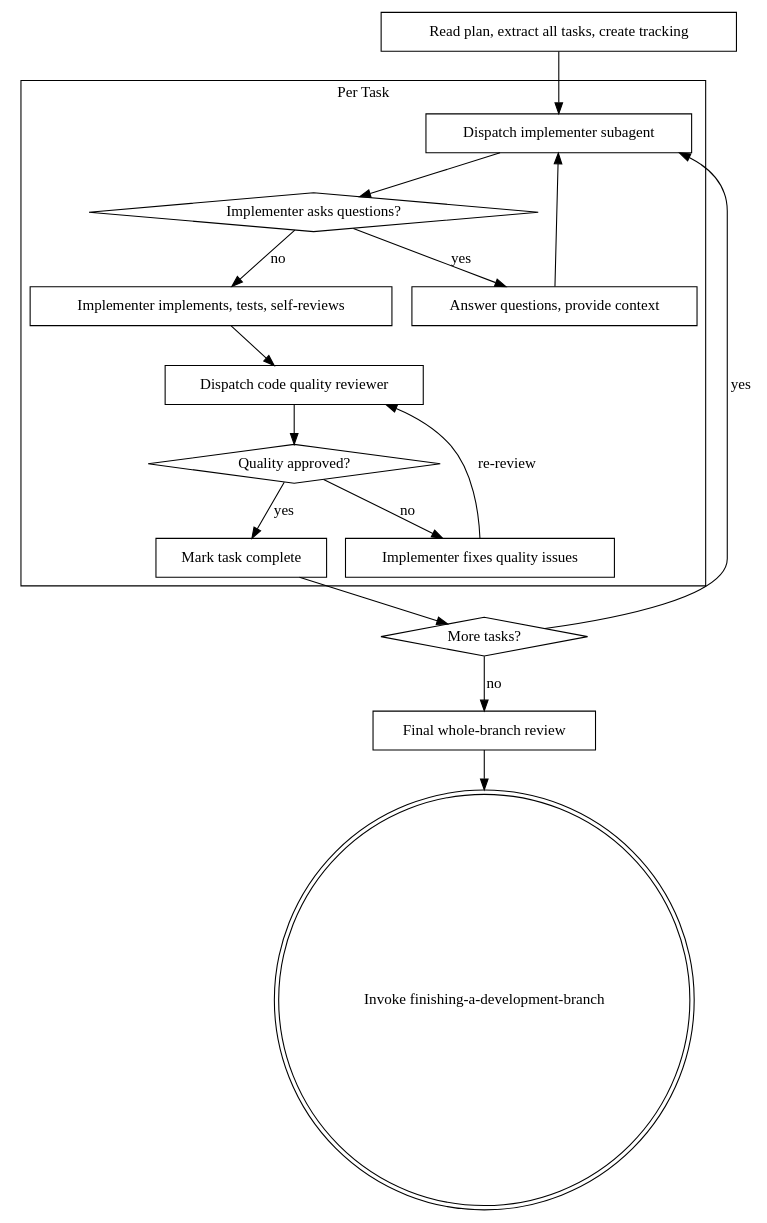
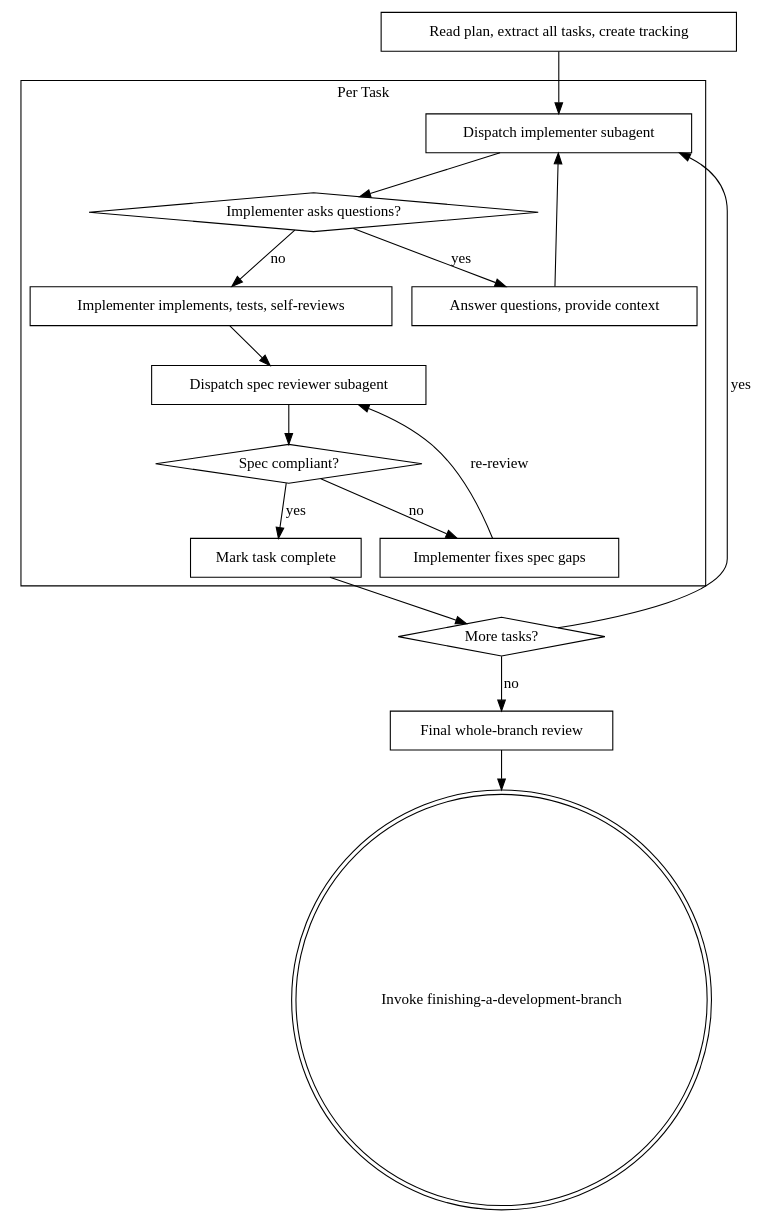
One commit to chankh70/superpowers-optimized changed the diagram in skills/subagent-driven-development/SKILL.md. Above: the diagram before and after it, drawn with Graphviz. The commit also changed other lines of this file and 2 other files, not shown here.

Commit message:
docs: Strengthen review rigor across brainstorming, SDD, and plan reviewer skills
- Brainstorming: add structured comparison dimensions (assumptions, breakdowns, ruling evidence) to approach evaluation
- SDD: replace two-stage code quality gate with single spec-compliance review
- Plan reviewer: add correctness and consistency criteria; include code snippet review against actual codebase

````diff
--- a/skills/subagent-driven-development/SKILL.md
+++ b/skills/subagent-driven-development/SKILL.md
@@ -20,37 +20,37 @@
 ```dot
 digraph sdd_process {
     rankdir=TB;
 
     subgraph cluster_per_task {
         label="Per Task";
         "Dispatch implementer subagent" [shape=box];
         "Implementer asks questions?" [shape=diamond];
         "Answer questions, provide context" [shape=box];
         "Implementer implements, tests, self-reviews" [shape=box];
-        "Dispatch code quality reviewer" [shape=box];
-        "Quality approved?" [shape=diamond];
-        "Implementer fixes quality issues" [shape=box];
+        "Dispatch spec reviewer subagent" [shape=box];
+        "Spec compliant?" [shape=diamond];
+        "Implementer fixes spec gaps" [shape=box]
         "Mark task complete" [shape=box];
     }
 
     "Read plan, extract all tasks, create tracking" [shape=box];
     "More tasks?" [shape=diamond];
     "Final whole-branch review" [shape=box];
     "Invoke finishing-a-development-branch" [shape=doublecircle];
 
     "Read plan, extract all tasks, create tracking" -> "Dispatch implementer subagent";
     "Dispatch implementer subagent" -> "Implementer asks questions?";
     "Implementer asks questions?" -> "Answer questions, provide context" [label="yes"];
     "Answer questions, provide context" -> "Dispatch implementer subagent";
     "Implementer asks questions?" -> "Implementer implements, tests, self-reviews" [label="no"];
-    "Implementer implements, tests, self-reviews" -> "Dispatch code quality reviewer";
-    "Dispatch code quality reviewer" -> "Quality approved?";
-    "Quality approved?" -> "Implementer fixes quality issues" [label="no"];
-    "Implementer fixes quality issues" -> "Dispatch code quality reviewer" [label="re-review"];
-    "Quality approved?" -> "Mark task complete" [label="yes"];
+    "Implementer implements, tests, self-reviews" -> "Dispatch spec reviewer subagent";
+    "Dispatch spec reviewer subagent" -> "Spec compliant?";
+    "Spec compliant?" -> "Implementer fixes spec gaps" [label="no"];
+    "Implementer fixes spec gaps" -> "Dispatch spec reviewer subagent" [label="re-review"];
+    "Spec compliant?" -> "Mark task complete" [label="yes"];
     "Mark task complete" -> "More tasks?";
     "More tasks?" -> "Dispatch implementer subagent" [label="yes"];
     "More tasks?" -> "Final whole-branch review" [label="no"];
     "Final whole-branch review" -> "Invoke finishing-a-development-branch";
 }
 ```
````
